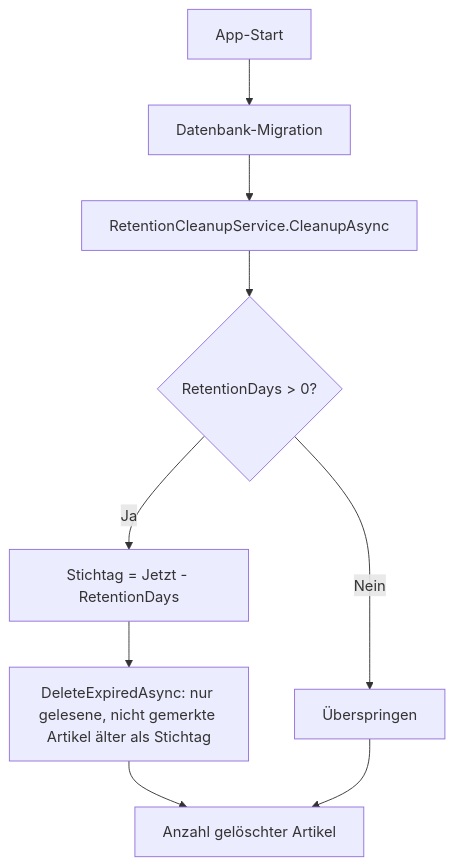
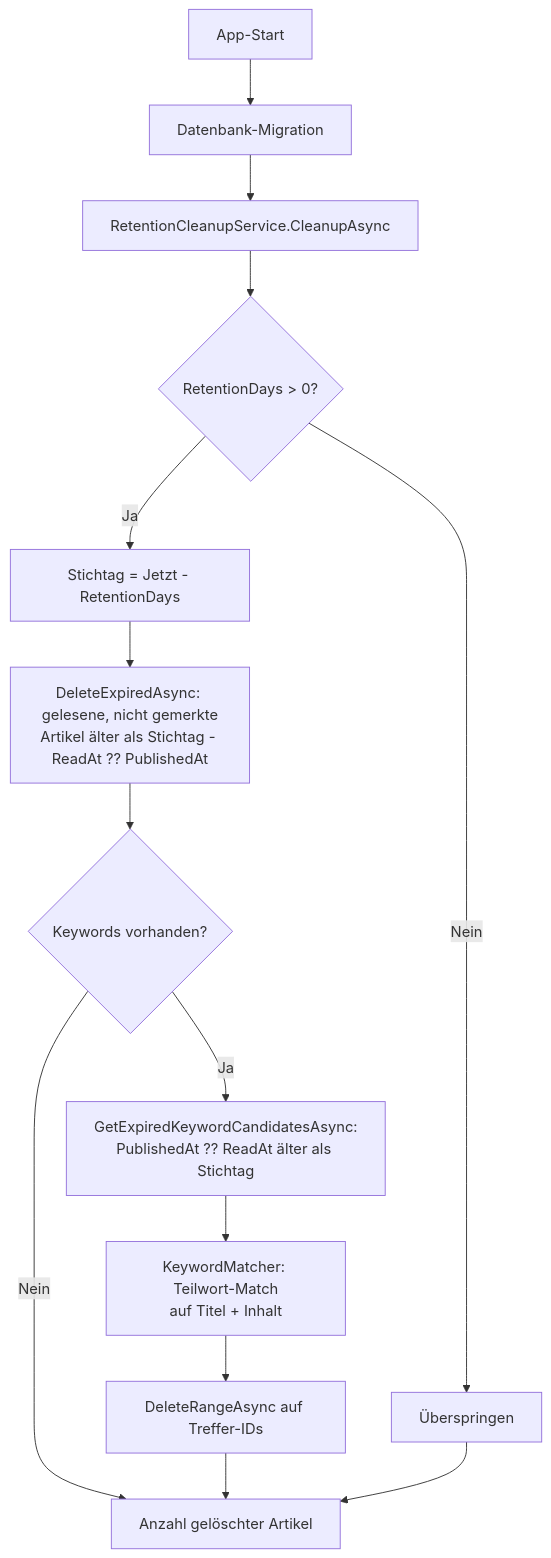
The diagram in docs/help/anwendung/aufbewahrung.md (martin-stromberg/Reporter), drawn with Mermaid before and after one commit. The commit also changed other lines of this file and 79 other files, not shown here.

````diff
--- a/docs/help/anwendung/aufbewahrung.md
+++ b/docs/help/anwendung/aufbewahrung.md
@@ -30,11 +39,16 @@
 ```mermaid
 flowchart TD
     A[App-Start] --> B[Datenbank-Migration]
     B --> C[RetentionCleanupService.CleanupAsync]
     C --> D{RetentionDays > 0?}
     D -- Nein --> E[Überspringen]
     D -- Ja --> F[Stichtag = Jetzt - RetentionDays]
-    F --> G[DeleteExpiredAsync: nur gelesene, nicht gemerkte Artikel älter als Stichtag]
-    G --> H[Anzahl gelöschter Artikel]
+    F --> G[DeleteExpiredAsync: gelesene, nicht gemerkte<br/>Artikel älter als Stichtag - ReadAt ?? PublishedAt]
+    G --> K{Keywords vorhanden?}
+    K -- Nein --> H[Anzahl gelöschter Artikel]
+    K -- Ja --> L[GetExpiredKeywordCandidatesAsync:<br/>PublishedAt ?? ReadAt älter als Stichtag]
+    L --> M[KeywordMatcher: Teilwort-Match<br/>auf Titel + Inhalt]
+    M --> N[DeleteRangeAsync auf Treffer-IDs]
+    N --> H
     E --> H
 ```
````
